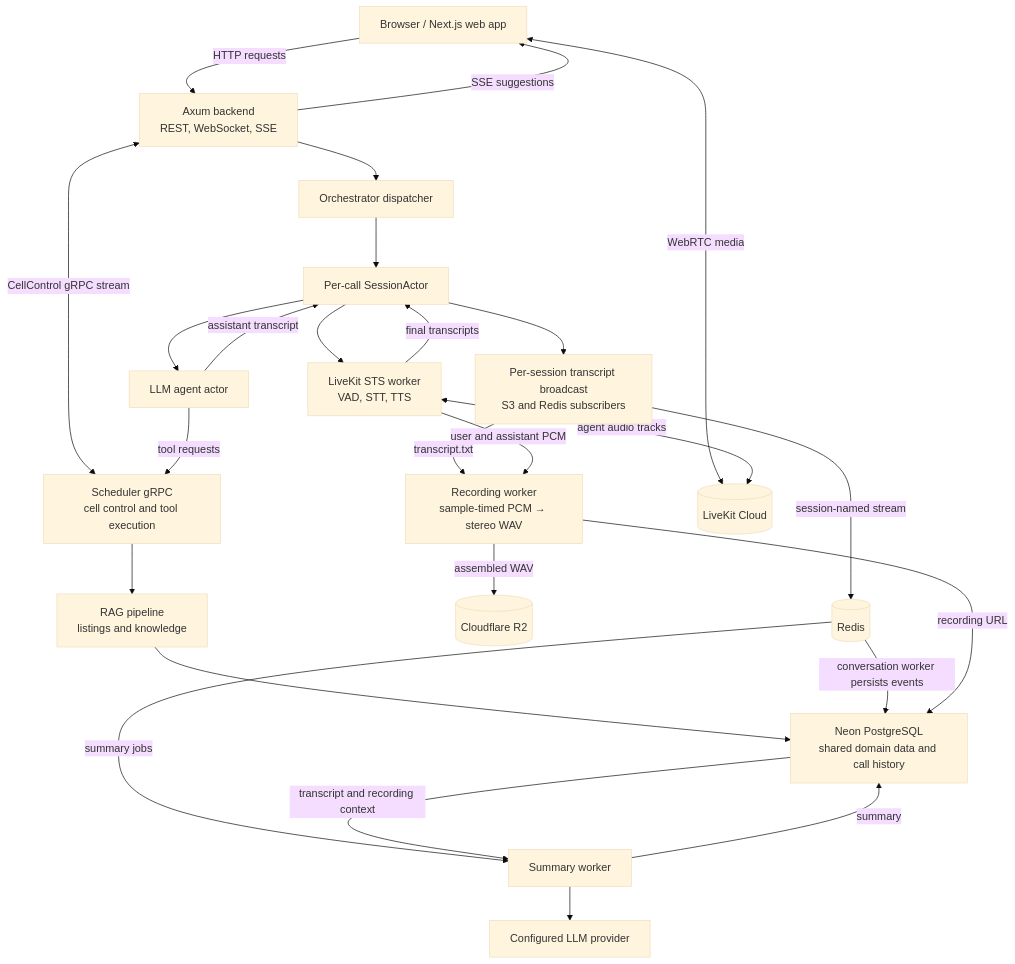
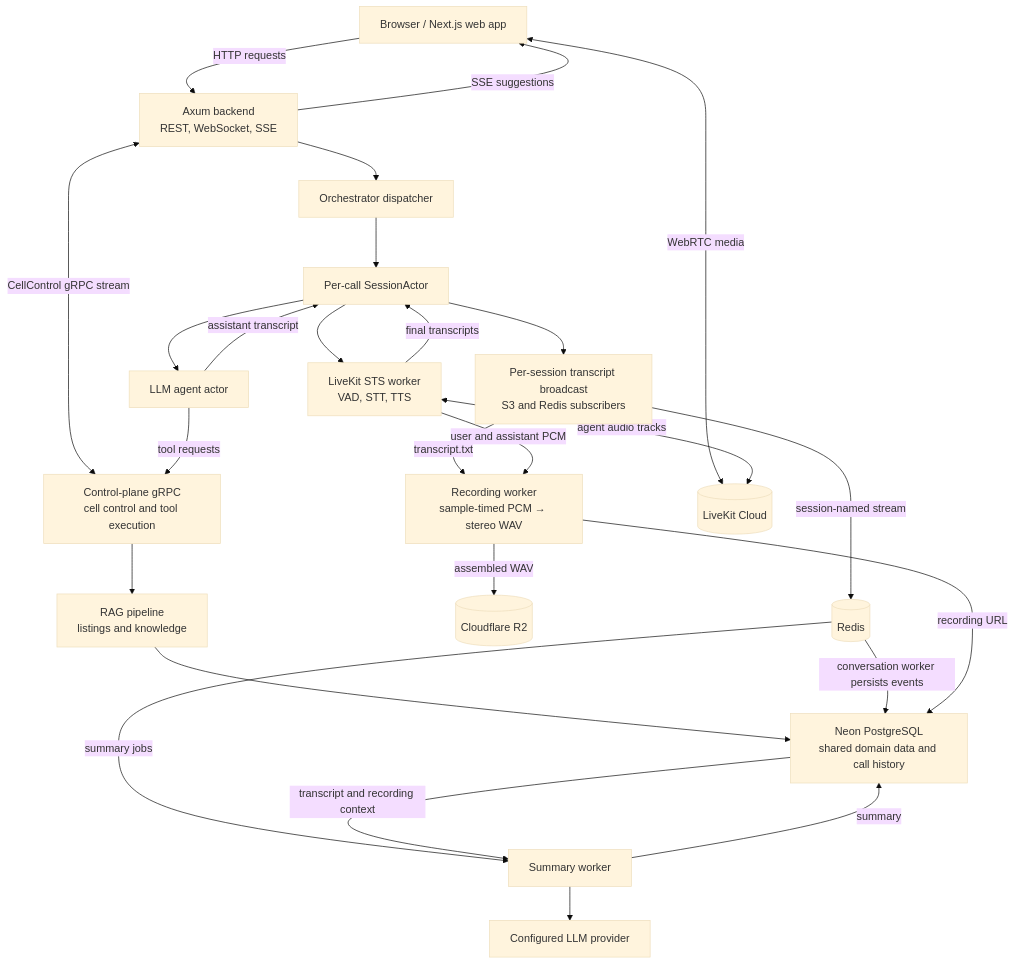
One commit to bhatvinay7/voice changed the diagram in README.md. Above: the diagram before and after it, drawn with Mermaid (base theme). The commit also changed other lines of this file and 3 other files, not shown here.

````diff
--- a/README.md
+++ b/README.md
@@ -7,43 +7,43 @@
 ```mermaid
 flowchart TB
     Browser[Browser / Next.js web app]
     Backend["Axum backend<br/>REST, WebSocket, SSE"]
     Dispatcher[Orchestrator dispatcher]
     Session[Per-call SessionActor]
     STS["LiveKit STS worker<br/>VAD, STT, TTS"]
     Agent[LLM agent actor]
-    Scheduler["Scheduler gRPC<br/>cell control and tool execution"]
+    ControlPlane["Control-plane gRPC<br/>cell control and tool execution"]
     RAG["RAG pipeline<br/>listings and knowledge"]
     Fanout["Per-session transcript broadcast<br/>S3 and Redis subscribers"]
     Recording["Recording worker<br/>sample-timed PCM → stereo WAV"]
     R2[(Cloudflare R2)]
     Redis[(Redis)]
     Worker[Summary worker]
     LLM[Configured LLM provider]
     Store["Neon PostgreSQL<br/>shared domain data and call history"]
     LiveKit[(LiveKit Cloud)]
 
     Browser -->|HTTP requests| Backend
     Backend -->|SSE suggestions| Browser
     Browser <-->|WebRTC media| LiveKit
     Backend --> Dispatcher --> Session
-    Backend <-->|CellControl gRPC stream| Scheduler
+    Backend <-->|CellControl gRPC stream| ControlPlane
     Session --> STS
     Session --> Agent
     STS <-->|agent audio tracks| LiveKit
     STS -->|final transcripts| Session
     Agent -->|assistant transcript| Session
     Session --> Fanout
     Fanout -->|transcript.txt| Recording
     Fanout -->|session-named stream| Redis
     STS -->|user and assistant PCM| Recording
-    Agent -->|tool requests| Scheduler
-    Scheduler --> RAG --> Store
+    Agent -->|tool requests| ControlPlane
+    ControlPlane --> RAG --> Store
     Redis -->|conversation worker persists events| Store
     Recording -->|assembled WAV| R2
     Recording -->|recording URL| Store
     Redis -->|summary jobs| Worker
     Store -->|transcript and recording context| Worker
     Worker --> LLM
     Worker -->|summary| Store
 ```
````
